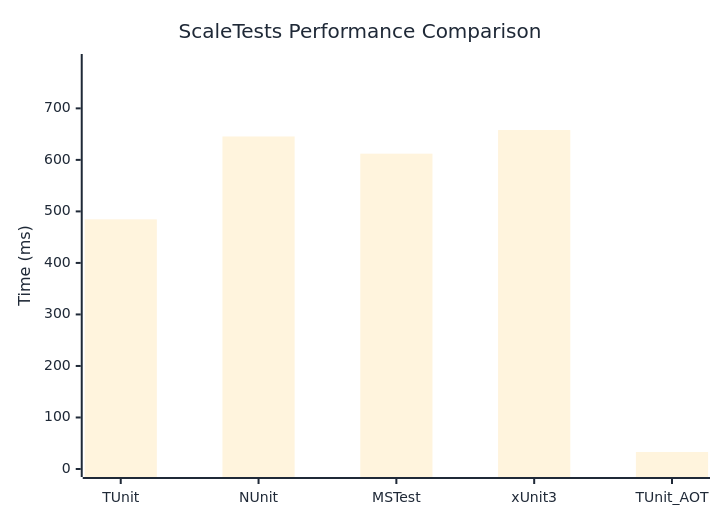
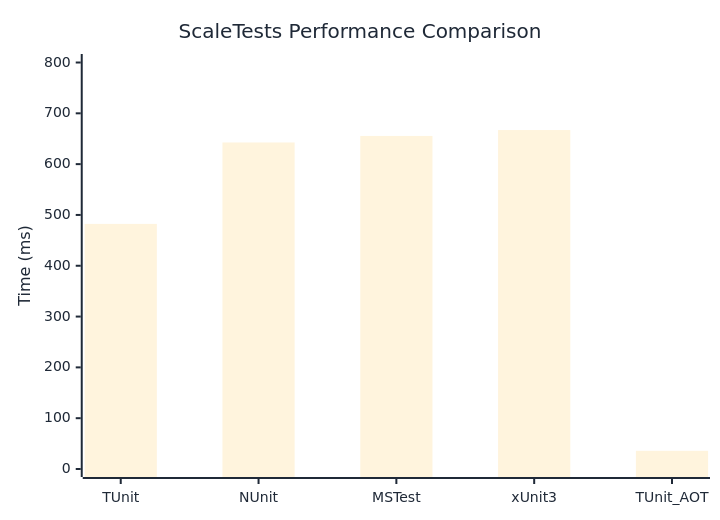
The diagram in docs/docs/benchmarks/ScaleTests.md (thomhurst/TUnit), drawn with Mermaid before and after one commit. The commit also changed other lines of this file and 17 other files, not shown here.

````diff
--- a/docs/docs/benchmarks/ScaleTests.md
+++ b/docs/docs/benchmarks/ScaleTests.md
@@ -27,37 +27,37 @@
 ```mermaid
 %%{init: {
   'theme':'base',
   'themeVariables': {
     'primaryColor': '#2563eb',
     'primaryTextColor': '#1f2937',
     'primaryBorderColor': '#1e40af',
     'lineColor': '#6b7280',
     'secondaryColor': '#7c3aed',
     'tertiaryColor': '#dc2626',
     'background': '#ffffff',
     'mainBkg': '#2563eb',
     'secondBkg': '#7c3aed',
     'tertiaryBkg': '#dc2626',
     'clusterBkg': '#f3f4f6',
     'edgeLabelBackground': '#ffffff',
     'tertiaryTextColor': '#1f2937',
     'pie1': '#2563eb',
     'pie2': '#7c3aed',
     'pie3': '#dc2626',
     'pie4': '#f59e0b',
     'pie5': '#10b981',
     'pie6': '#06b6d4',
     'pie7': '#ec4899',
     'pie8': '#6366f1',
     'pie9': '#84cc16',
     'pie10': '#f97316',
     'pie11': '#14b8a6',
     'pie12': '#a855f7'
   }
 }}%%
 xychart-beta
   title "ScaleTests Performance Comparison"
   x-axis ["TUnit", "NUnit", "MSTest", "xUnit3", "TUnit_AOT"]
-  y-axis "Time (ms)" 0 --> 790
-  bar [484.64, 645.44, 612.08, 657.96, 32.98]
+  y-axis "Time (ms)" 0 --> 801
+  bar [482.39, 642.62, 655.47, 667.1, 35.79]
 ```
````
